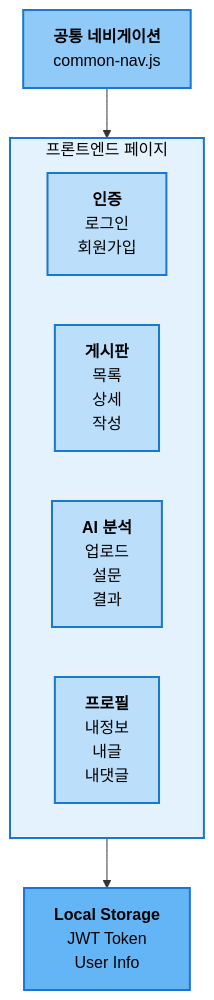
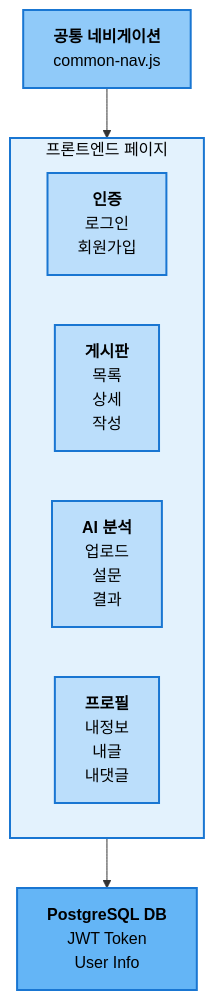
The third of 12 diagrams in Architecture.md (kyoe-23/DeepLearning_project), drawn with Mermaid before and after one commit.

Commit message:
프론트 업데이트

````diff
--- a/Architecture.md
+++ b/Architecture.md
@@ -141,24 +141,24 @@
 ```mermaid
 graph TB
     subgraph PAGES["프론트엔드 페이지"]
         direction LR
         AUTH["<b>인증</b><br/>로그인<br/>회원가입"]
         BOARD["<b>게시판</b><br/>목록<br/>상세<br/>작성"]
         AI["<b>AI 분석</b><br/>업로드<br/>설문<br/>결과"]
         PROFILE["<b>프로필</b><br/>내정보<br/>내글<br/>내댓글"]
     end
     
     NAV["<b>공통 네비게이션</b><br/>common-nav.js"]
-    STORAGE["<b>Local Storage</b><br/>JWT Token<br/>User Info"]
+    STORAGE["<b>PostgreSQL DB</b><br/>JWT Token<br/>User Info"]
     
     NAV --> PAGES
     PAGES --> STORAGE
 
     style PAGES fill:#E3F2FD,stroke:#1976D2,stroke-width:2px,color:#000
     style AUTH fill:#BBDEFB,stroke:#1976D2,stroke-width:2px,color:#000
     style BOARD fill:#BBDEFB,stroke:#1976D2,stroke-width:2px,color:#000
     style AI fill:#BBDEFB,stroke:#1976D2,stroke-width:2px,color:#000
     style PROFILE fill:#BBDEFB,stroke:#1976D2,stroke-width:2px,color:#000
     style NAV fill:#90CAF9,stroke:#1976D2,stroke-width:2px,color:#000
     style STORAGE fill:#64B5F6,stroke:#1976D2,stroke-width:2px,color:#000
 ```
````
